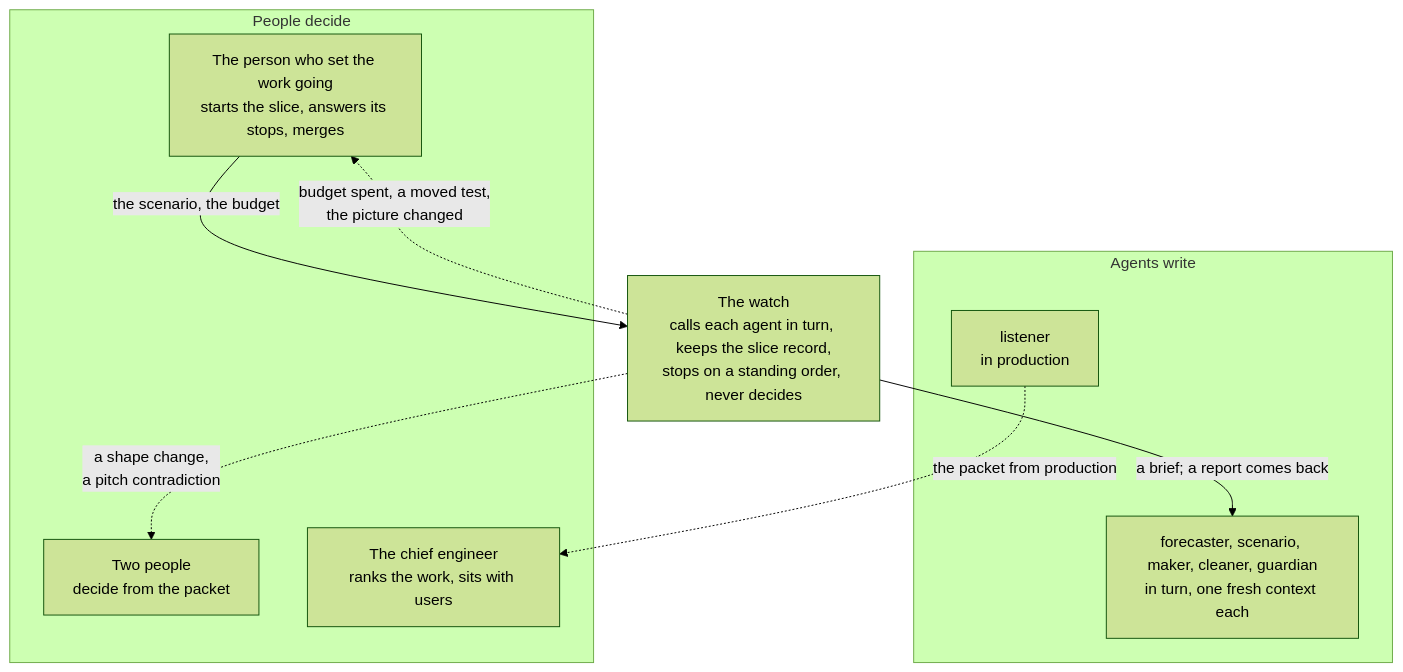
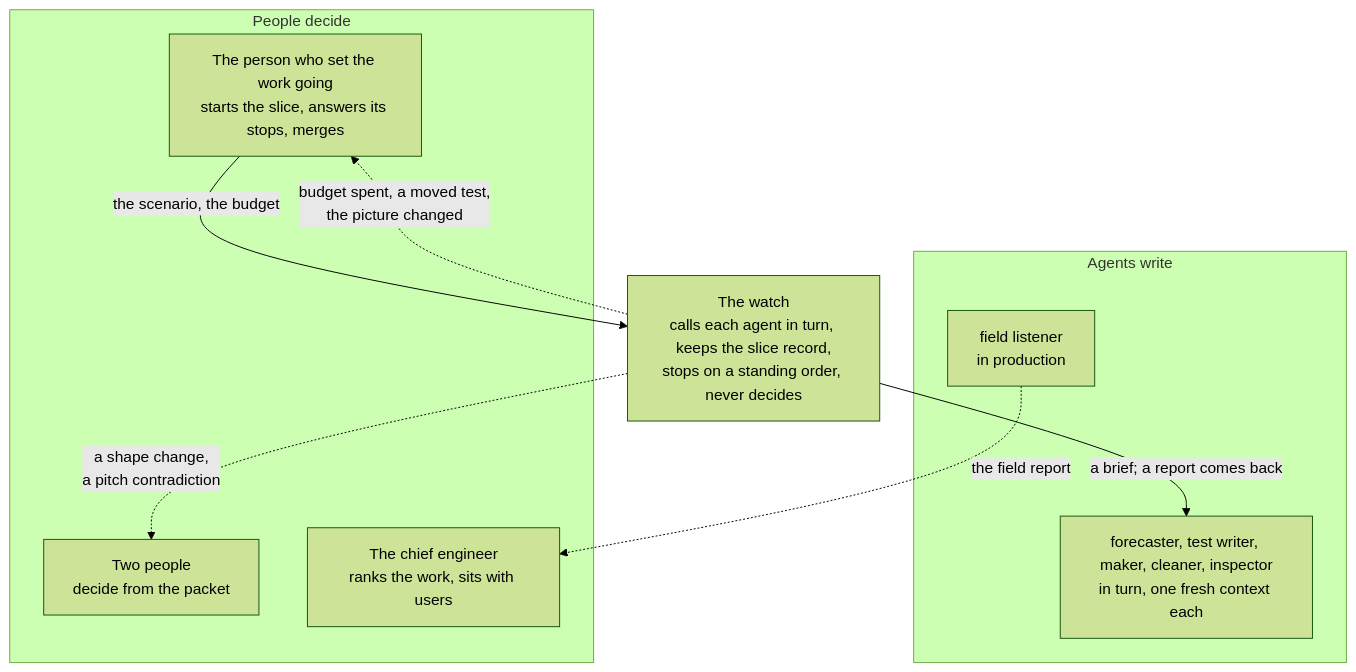
Before and after one commit to seanpk/xv-agents: the first of 4 diagrams in README.md, drawn with Mermaid (forest theme). The commit also changed other lines of this file and 100 other files, not shown here.

````diff
--- a/README.md
+++ b/README.md
@@ -127,18 +141,18 @@
 ```mermaid
 flowchart TB
   subgraph people["People decide"]
     orig["The person who set the work going<br/>starts the slice, answers its stops, merges"]
     two["Two people<br/>decide from the packet"]
     chief["The chief engineer<br/>ranks the work, sits with users"]
   end
   w["The watch<br/>calls each agent in turn, keeps the slice record,<br/>stops on a standing order, never decides"]
   subgraph agents["Agents write"]
-    chain["forecaster, scenario, maker, cleaner, guardian<br/>in turn, one fresh context each"]
-    ls["listener<br/>in production"]
+    chain["forecaster, test writer, maker, cleaner, inspector<br/>in turn, one fresh context each"]
+    ls["field listener<br/>in production"]
   end
   orig -- "the scenario, the budget" --> w
   w -- "a brief; a report comes back" --> chain
   w -. "budget spent, a moved test,<br/>the picture changed" .-> orig
   w -. "a shape change,<br/>a pitch contradiction" .-> two
-  ls -. "the packet from production" .-> chief
+  ls -. "the field report" .-> chief
 ```
````
